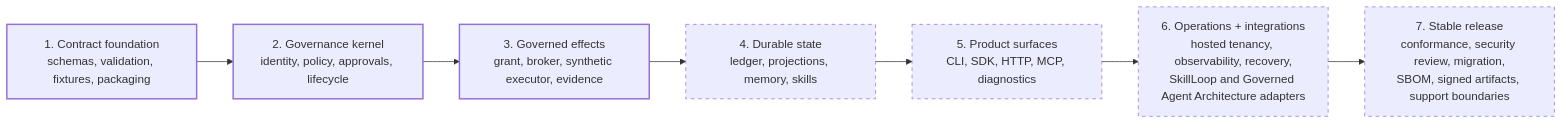
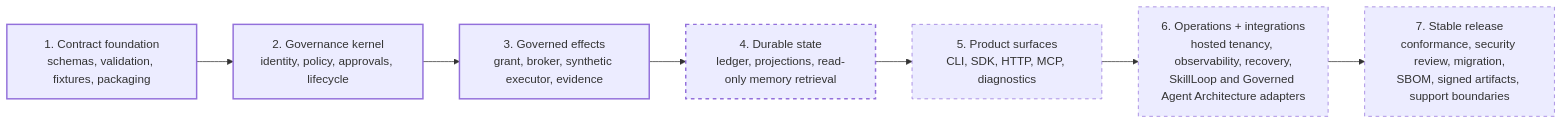
The third of 7 diagrams in docs/ARCHITECTURE.md (lamenting-hawthorn/governed-agent-harness), drawn with Mermaid before and after one commit. The commit also changed other lines of this file and 12 other files, not shown here.

Commit message:
feat: harden actor-scoped memory retrieval

````diff
--- a/docs/ARCHITECTURE.md
+++ b/docs/ARCHITECTURE.md
@@ -140,15 +140,16 @@
 ```mermaid
 flowchart LR
   Foundation["1. Contract foundation\nschemas, validation, fixtures, packaging"]:::done
   Kernel["2. Governance kernel\nidentity, policy, approvals, lifecycle"]:::done
   Effects["3. Governed effects\ngrant, broker, synthetic executor, evidence"]:::done
-  State["4. Durable state\nledger, projections, memory, skills"]:::planned
+  State["4. Durable state\nledger, projections, read-only memory retrieval"]:::inprogress
   Surfaces["5. Product surfaces\nCLI, SDK, HTTP, MCP, diagnostics"]:::planned
   Operations["6. Operations + integrations\nhosted tenancy, observability, recovery,\nSkillLoop and Governed Agent Architecture adapters"]:::planned
   Release["7. Stable release\nconformance, security review, migration,\nSBOM, signed artifacts, support boundaries"]:::planned
 
   Foundation --> Kernel --> Effects --> State --> Surfaces --> Operations --> Release
 
   classDef done stroke-width:2px
+  classDef inprogress stroke-width:2px,stroke-dasharray:5 5
   classDef planned stroke-dasharray:5 5
 ```
````
